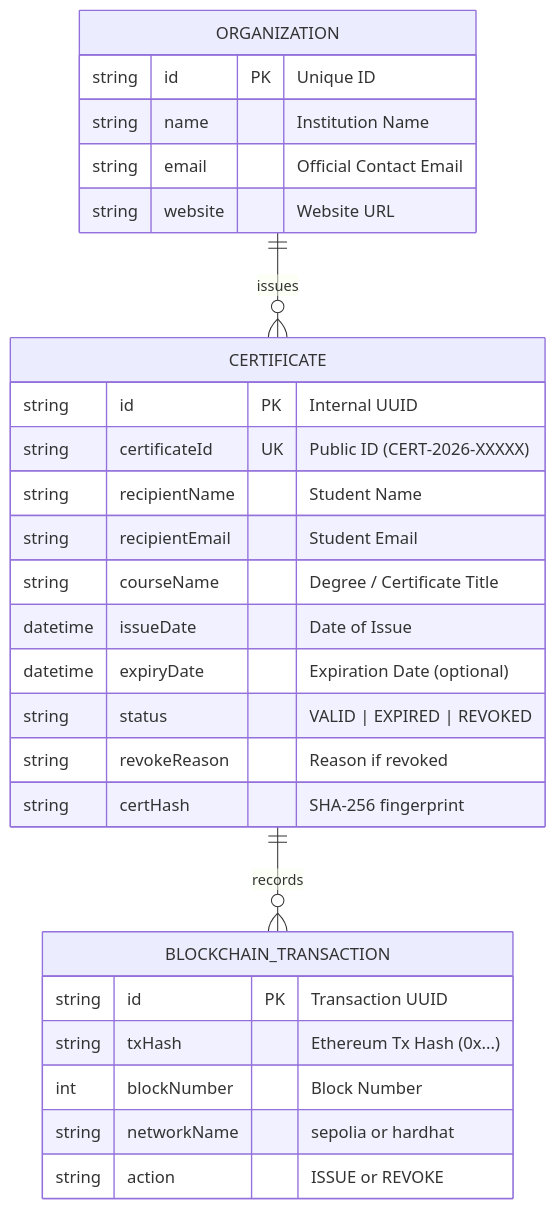
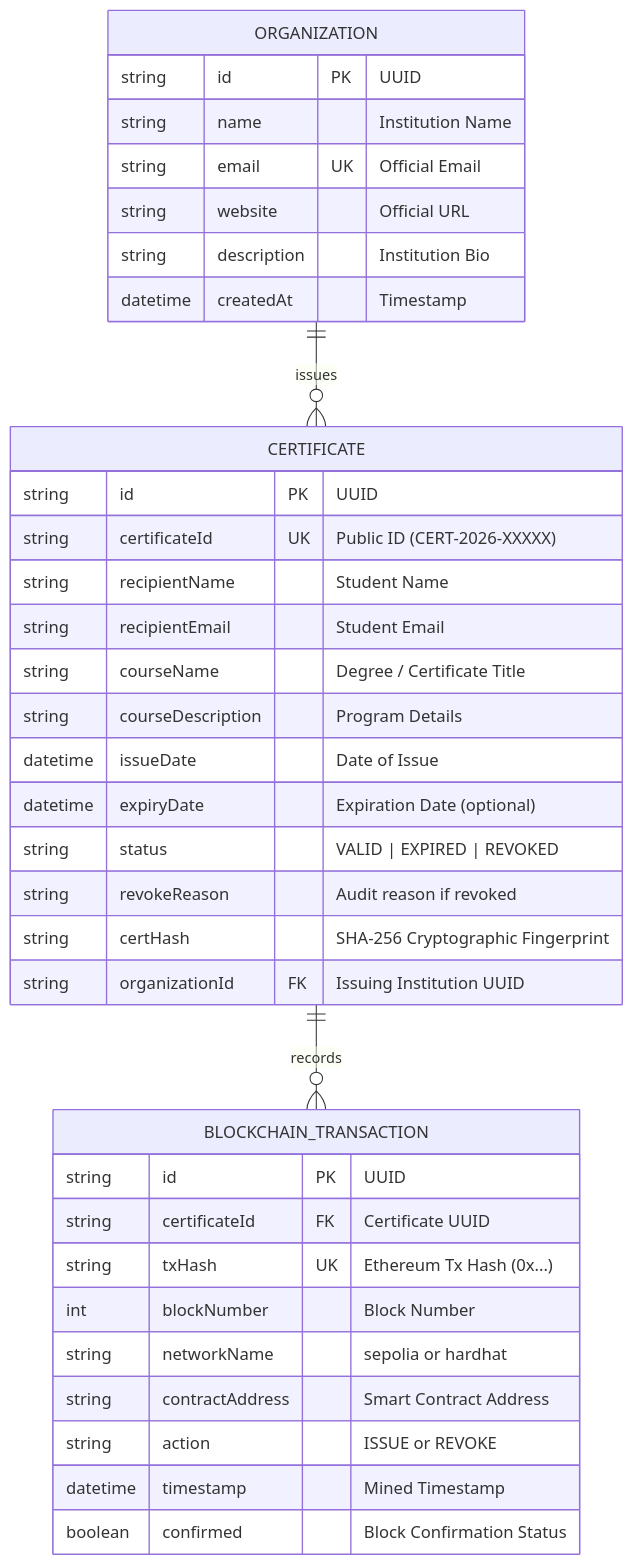
One commit to mengchheanglong/citadel-blockchain-certificates changed the fourth of 4 diagrams in PROJECT_SUBMISSION_REPORT.md. Above: the diagram before and after it, drawn with Mermaid. The commit also changed other lines of this file and 2 other files, not shown here.

Commit message:
docs: refine final project submission report in docx and md with full diagrams, verification engine docs, and demo presentation script

````diff
--- a/PROJECT_SUBMISSION_REPORT.md
+++ b/PROJECT_SUBMISSION_REPORT.md
@@ -101,33 +147,41 @@
 ```mermaid
 erDiagram
     ORGANIZATION ||--o{ CERTIFICATE : issues
     CERTIFICATE ||--o{ BLOCKCHAIN_TRANSACTION : records
 
     ORGANIZATION {
-        string id PK "Unique ID"
+        string id PK "UUID"
         string name "Institution Name"
-        string email "Official Contact Email"
-        string website "Website URL"
+        string email UK "Official Email"
+        string website "Official URL"
+        string description "Institution Bio"
+        datetime createdAt "Timestamp"
     }
 
     CERTIFICATE {
-        string id PK "Internal UUID"
+        string id PK "UUID"
         string certificateId UK "Public ID (CERT-2026-XXXXX)"
         string recipientName "Student Name"
         string recipientEmail "Student Email"
         string courseName "Degree / Certificate Title"
+        string courseDescription "Program Details"
         datetime issueDate "Date of Issue"
         datetime expiryDate "Expiration Date (optional)"
         string status "VALID | EXPIRED | REVOKED"
-        string revokeReason "Reason if revoked"
-        string certHash "SHA-256 fingerprint"
+        string revokeReason "Audit reason if revoked"
+        string certHash "SHA-256 Cryptographic Fingerprint"
+        string organizationId FK "Issuing Institution UUID"
     }
 
     BLOCKCHAIN_TRANSACTION {
-        string id PK "Transaction UUID"
-        string txHash "Ethereum Tx Hash (0x...)"
+        string id PK "UUID"
+        string certificateId FK "Certificate UUID"
+        string txHash UK "Ethereum Tx Hash (0x...)"
         int blockNumber "Block Number"
         string networkName "sepolia or hardhat"
+        string contractAddress "Smart Contract Address"
         string action "ISSUE or REVOKE"
+        datetime timestamp "Mined Timestamp"
+        boolean confirmed "Block Confirmation Status"
     }
 ```
````
